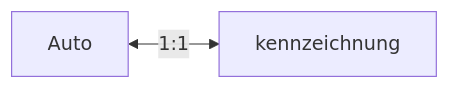
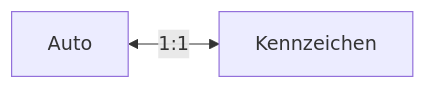
The diagram in src/site/notes/02 - RESOURCES/Notes/1 zu 1.md (U-L-M-S/digital-garden), drawn with Mermaid before and after one commit. The commit also changed other lines of this file and 495 other files, not shown here.

````diff
--- a/src/site/notes/02 - RESOURCES/Notes/1 zu 1.md
+++ b/src/site/notes/02 - RESOURCES/Notes/1 zu 1.md
@@ -8,4 +220,4 @@
-```mermaid  
+```mermaid
 	graph LR;
-	    Auto  <-- 1:1 -->  kennzeichnung
+	    Auto  <-- 1:1 -->  Kennzeichen
 ```
````
